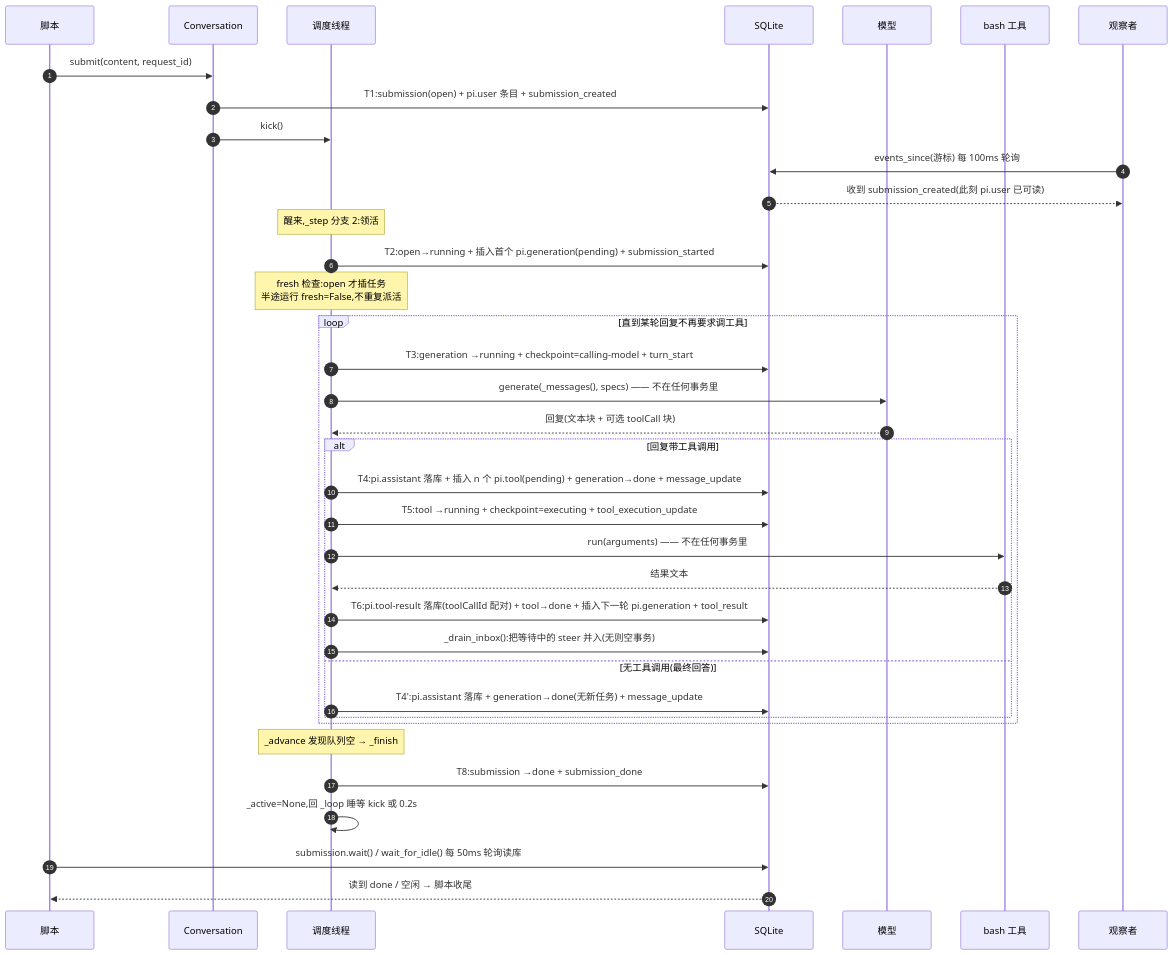
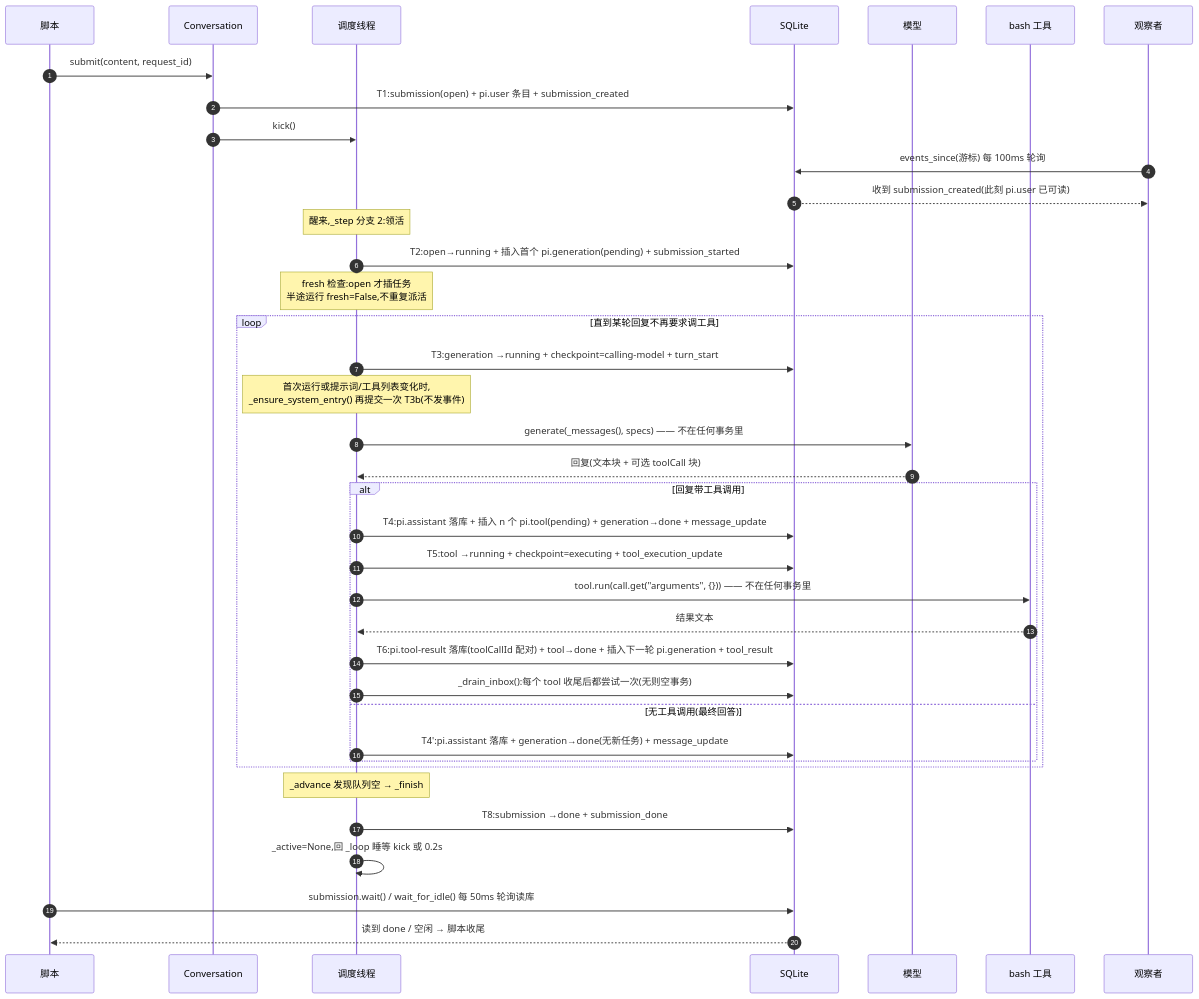
The second of 3 diagrams in python/docs/scheduler.md (3127651234jk-creator/learn-pi), drawn with Mermaid before and after one commit. The commit also changed other lines of this file and 6 other files, not shown here.

````diff
--- a/python/docs/scheduler.md
+++ b/python/docs/scheduler.md
@@ -252,44 +280,45 @@
 ```mermaid
 sequenceDiagram
     autonumber
     participant P as 脚本
     participant C as Conversation
     participant W as 调度线程
     participant S as SQLite
     participant M as 模型
     participant B as bash 工具
     participant E as 观察者
 
     P->>C: submit(content, request_id)
     C->>S: T1:submission(open) + pi.user 条目 + submission_created
     C->>W: kick()
     E->>S: events_since(游标) 每 100ms 轮询
     S-->>E: 收到 submission_created(此刻 pi.user 已可读)
 
     Note over W: 醒来,_step 分支 2:领活
     W->>S: T2:open→running + 插入首个 pi.generation(pending) + submission_started
     Note over W: fresh 检查:open 才插任务<br/>半途运行 fresh=False,不重复派活
 
     loop 直到某轮回复不再要求调工具
         W->>S: T3:generation →running + checkpoint=calling-model + turn_start
+        Note over W: 首次运行或提示词/工具列表变化时,<br/>_ensure_system_entry() 再提交一次 T3b(不发事件)
         W->>M: generate(_messages(), specs) —— 不在任何事务里
         M-->>W: 回复(文本块 + 可选 toolCall 块)
         alt 回复带工具调用
             W->>S: T4:pi.assistant 落库 + 插入 n 个 pi.tool(pending) + generation→done + message_update
             W->>S: T5:tool →running + checkpoint=executing + tool_execution_update
-            W->>B: run(arguments) —— 不在任何事务里
+            W->>B: tool.run(call.get("arguments", {})) —— 不在任何事务里
             B-->>W: 结果文本
             W->>S: T6:pi.tool-result 落库(toolCallId 配对) + tool→done + 插入下一轮 pi.generation + tool_result
-            W->>S: _drain_inbox():把等待中的 steer 并入(无则空事务)
+            W->>S: _drain_inbox():每个 tool 收尾后都尝试一次(无则空事务)
         else 无工具调用(最终回答)
             W->>S: T4':pi.assistant 落库 + generation→done(无新任务) + message_update
         end
     end
 
     Note over W: _advance 发现队列空 → _finish
     W->>S: T8:submission →done + submission_done
     W->>W: _active=None,回 _loop 睡等 kick 或 0.2s
 
     P->>S: submission.wait() / wait_for_idle() 每 50ms 轮询读库
     S-->>P: 读到 done / 空闲 → 脚本收尾
 ```
````
